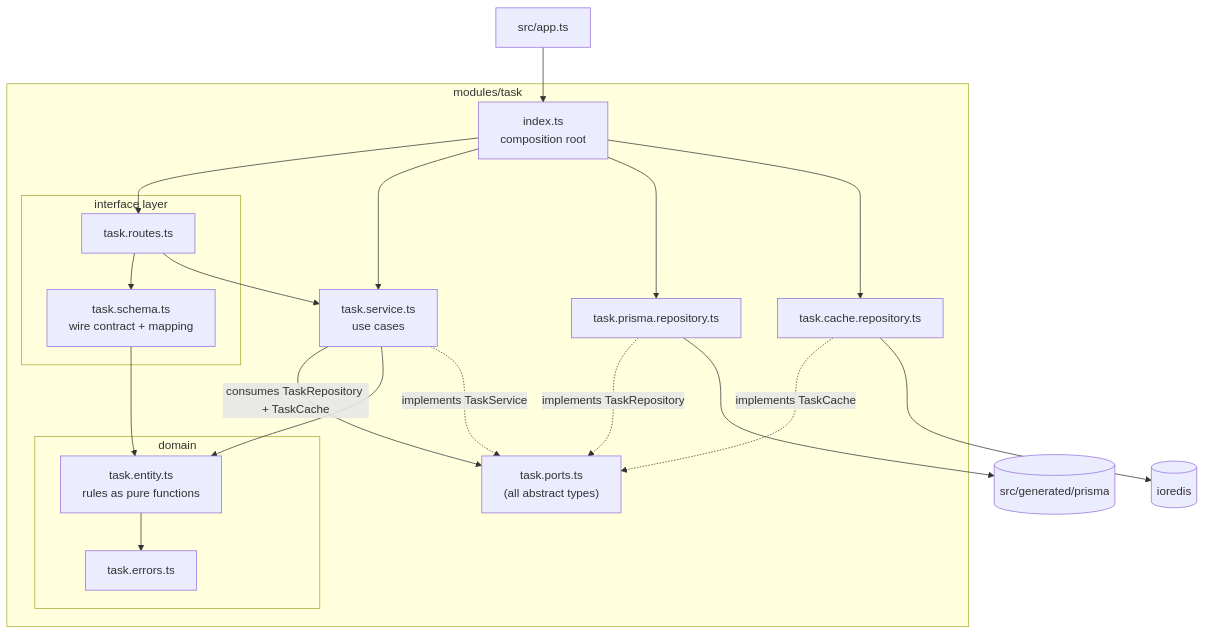
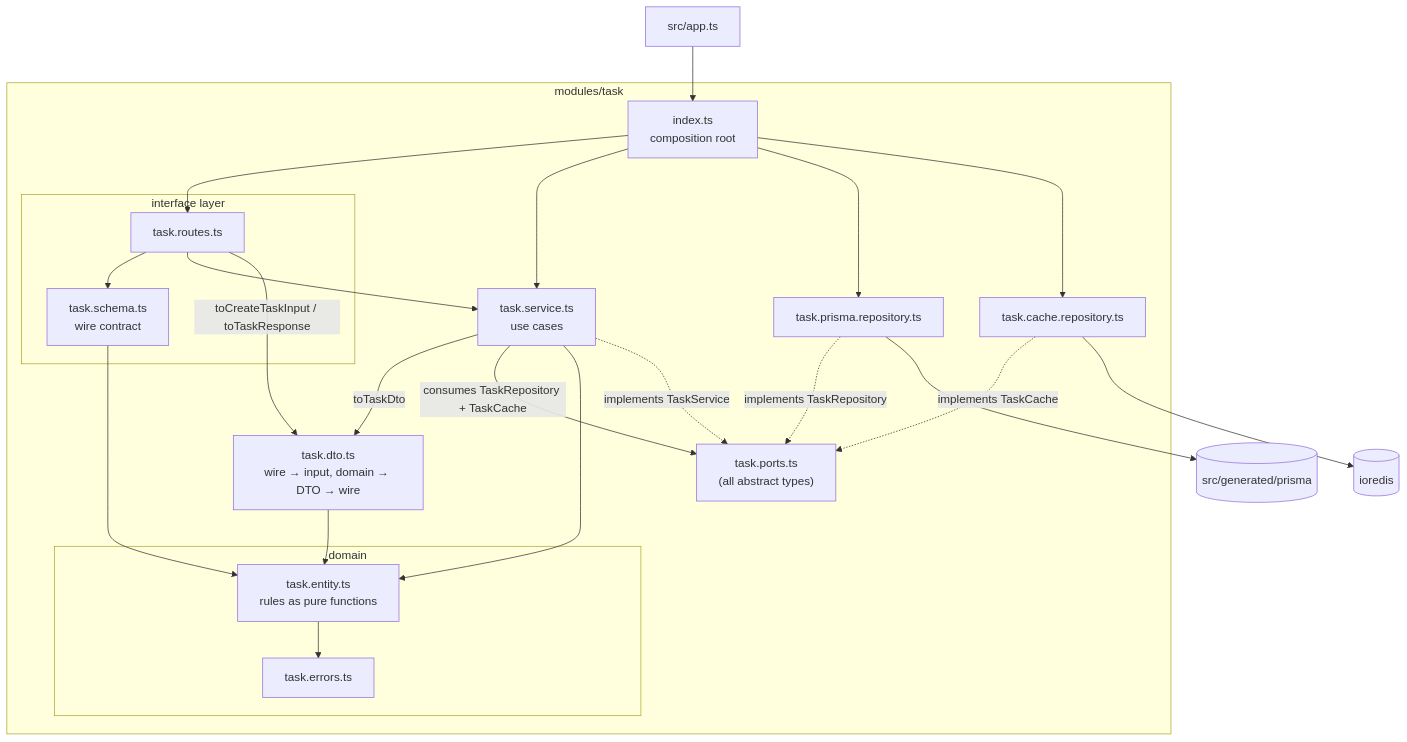
Before and after one commit to Luxlorys/fastify-clean-template: the diagram in ARCHITECTURE.md, drawn with Mermaid. The commit also changed other lines of this file and 20 other files, not shown here.

````diff
--- a/ARCHITECTURE.md
+++ b/ARCHITECTURE.md
@@ -36,36 +37,40 @@
 ```mermaid
 flowchart TD
     subgraph module["modules/task"]
         IDX["index.ts<br/>composition root"]
         subgraph interface["interface layer"]
             R["task.routes.ts"]
-            SCH["task.schema.ts<br/>wire contract + mapping"]
+            SCH["task.schema.ts<br/>wire contract"]
         end
+        DTO["task.dto.ts<br/>wire → input, domain → DTO → wire"]
         SVC["task.service.ts<br/>use cases"]
         PORT["task.ports.ts<br/>(all abstract types)"]
         subgraph domain["domain"]
             E["task.entity.ts<br/>rules as pure functions"]
             ERR["task.errors.ts"]
         end
         DB["task.prisma.repository.ts"]
         CACHE["task.cache.repository.ts"]
     end
     PRISMA[("src/generated/prisma")]
     REDIS[("ioredis")]
     APP["src/app.ts"] --> IDX
     IDX --> R
     IDX --> SVC
     IDX --> DB
     IDX --> CACHE
     R --> SCH
     R --> SVC
+    R -->|toCreateTaskInput / toTaskResponse| DTO
+    SVC -->|toTaskDto| DTO
+    DTO --> E
     SVC -->|consumes TaskRepository + TaskCache| PORT
     SVC --> E
     SVC -. implements TaskService .-> PORT
     DB -. implements TaskRepository .-> PORT
     CACHE -. implements TaskCache .-> PORT
     DB --> PRISMA
     CACHE --> REDIS
     SCH --> E
     E --> ERR
 ```
````
